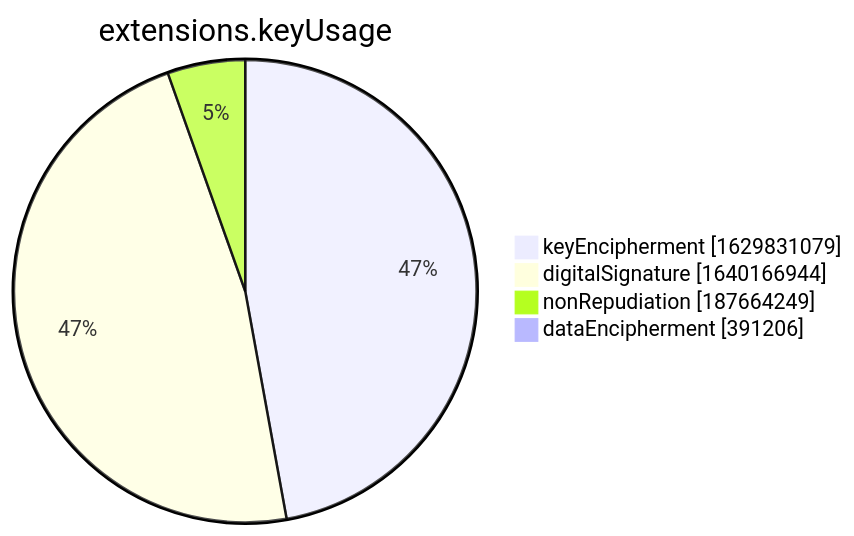
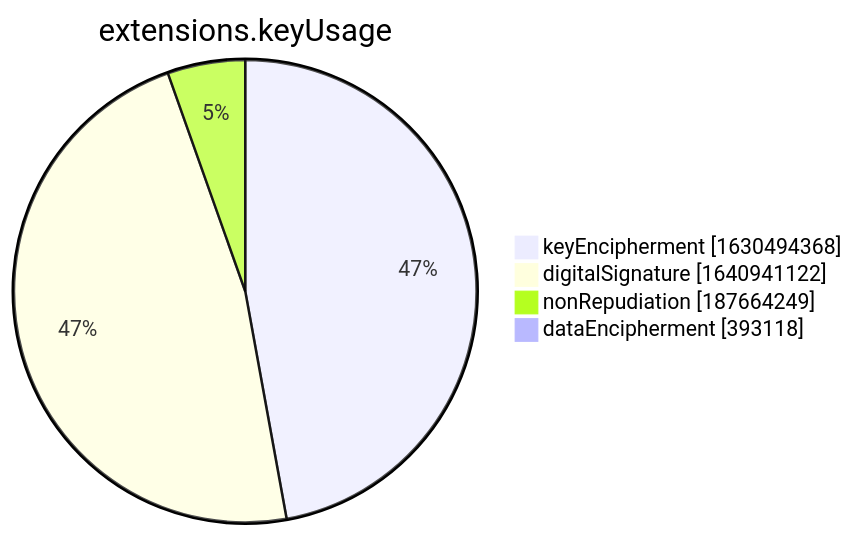
The seventh of 15 diagrams in xenon2022/README.md (christiankrug/ctmonitor_visualization), drawn with Mermaid before and after one commit. The commit also changed other lines of this file, not shown here.

````diff
--- a/xenon2022/README.md
+++ b/xenon2022/README.md
@@ -2855,8 +2855,8 @@
 ```mermaid
 pie showData
 title extensions.keyUsage
-"keyEncipherment" :1629831079
-"digitalSignature" :1640166944
+"keyEncipherment" :1630494368
+"digitalSignature" :1640941122
 "nonRepudiation" :187664249
-"dataEncipherment" :391206
+"dataEncipherment" :393118
 ```
````
